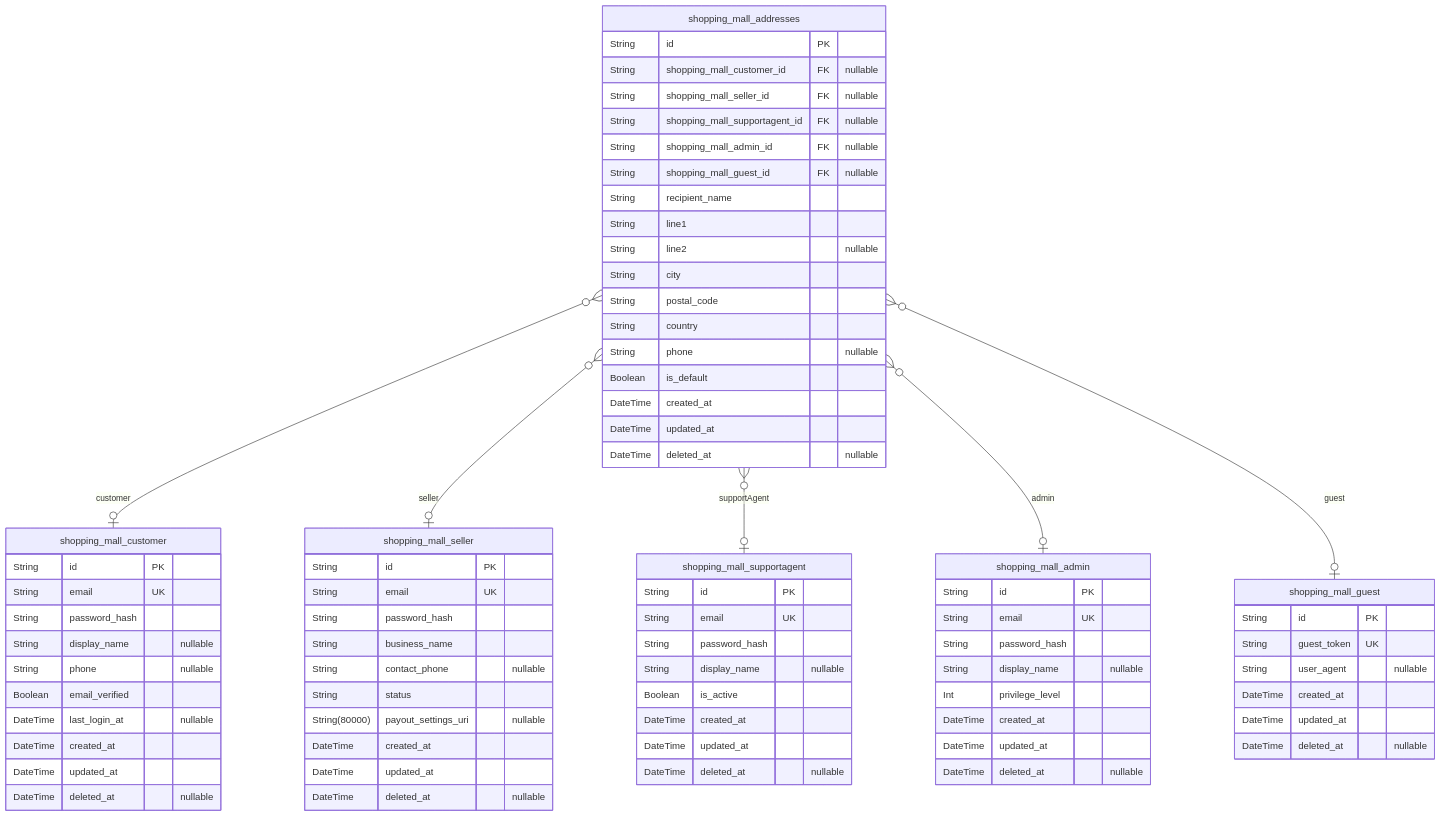
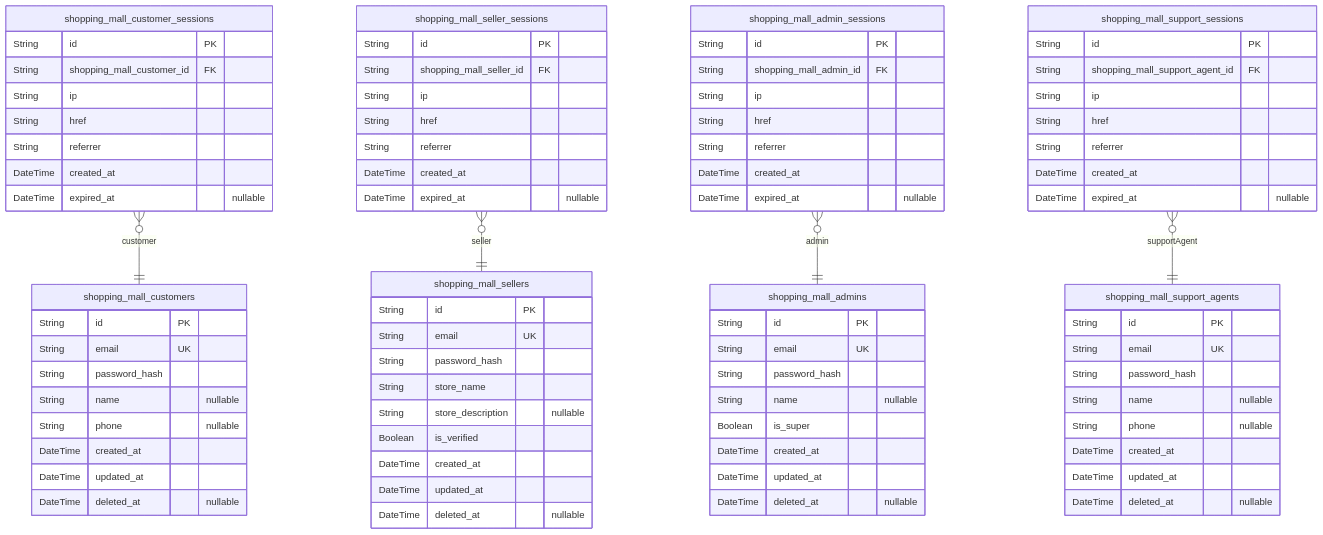
The second of 11 diagrams in openai/gpt-5-mini/shopping/docs/ERD.md (wrtnlabs/autobe-examples), drawn with Mermaid before and after one commit. The commit also changed other lines of this file and 16146 other files, not shown here.

````diff
--- a/openai/gpt-5-mini/shopping/docs/ERD.md
+++ b/openai/gpt-5-mini/shopping/docs/ERD.md
@@ -139,79 +209,84 @@
 ```mermaid
 erDiagram
-"shopping_mall_guest" {
+"shopping_mall_customers" {
   String id PK
-  String guest_token UK
-  String user_agent "nullable"
+  String email UK
+  String password_hash
+  String name "nullable"
+  String phone "nullable"
   DateTime created_at
   DateTime updated_at
   DateTime deleted_at "nullable"
 }
-"shopping_mall_customer" {
+"shopping_mall_customer_sessions" {
+  String id PK
+  String shopping_mall_customer_id FK
+  String ip
+  String href
+  String referrer
+  DateTime created_at
+  DateTime expired_at "nullable"
+}
+"shopping_mall_sellers" {
   String id PK
   String email UK
   String password_hash
-  String display_name "nullable"
-  String phone "nullable"
-  Boolean email_verified
-  DateTime last_login_at "nullable"
+  String store_name
+  String store_description "nullable"
+  Boolean is_verified
   DateTime created_at
   DateTime updated_at
   DateTime deleted_at "nullable"
 }
-"shopping_mall_seller" {
+"shopping_mall_seller_sessions" {
+  String id PK
+  String shopping_mall_seller_id FK
+  String ip
+  String href
+  String referrer
+  DateTime created_at
+  DateTime expired_at "nullable"
+}
+"shopping_mall_admins" {
   String id PK
   String email UK
   String password_hash
-  String business_name
-  String contact_phone "nullable"
-  String status
-  String(80000) payout_settings_uri "nullable"
+  String name "nullable"
+  Boolean is_super
   DateTime created_at
   DateTime updated_at
   DateTime deleted_at "nullable"
 }
-"shopping_mall_supportagent" {
+"shopping_mall_admin_sessions" {
+  String id PK
+  String shopping_mall_admin_id FK
+  String ip
+  String href
+  String referrer
+  DateTime created_at
+  DateTime expired_at "nullable"
+}
+"shopping_mall_support_agents" {
   String id PK
   String email UK
   String password_hash
-  String display_name "nullable"
-  Boolean is_active
+  String name "nullable"
+  String phone "nullable"
   DateTime created_at
   DateTime updated_at
   DateTime deleted_at "nullable"
 }
-"shopping_mall_admin" {
+"shopping_mall_support_sessions" {
   String id PK
-  String email UK
-  String password_hash
-  String display_name "nullable"
-  Int privilege_level
+  String shopping_mall_support_agent_id FK
+  String ip
+  String href
+  String referrer
   DateTime created_at
-  DateTime updated_at
-  DateTime deleted_at "nullable"
+  DateTime expired_at "nullable"
 }
-"shopping_mall_addresses" {
-  String id PK
-  String shopping_mall_customer_id FK "nullable"
-  String shopping_mall_seller_id FK "nullable"
-  String shopping_mall_supportagent_id FK "nullable"
-  String shopping_mall_admin_id FK "nullable"
-  String shopping_mall_guest_id FK "nullable"
-  String recipient_name
-  String line1
-  String line2 "nullable"
-  String city
-  String postal_code
-  String country
-  String phone "nullable"
-  Boolean is_default
-  DateTime created_at
-  DateTime updated_at
-  DateTime deleted_at "nullable"
-}
-"shopping_mall_addresses" }o--o| "shopping_mall_customer" : customer
-"shopping_mall_addresses" }o--o| "shopping_mall_seller" : seller
-"shopping_mall_addresses" }o--o| "shopping_mall_supportagent" : supportAgent
-"shopping_mall_addresses" }o--o| "shopping_mall_admin" : admin
-"shopping_mall_addresses" }o--o| "shopping_mall_guest" : guest
+"shopping_mall_customer_sessions" }o--|| "shopping_mall_customers" : customer
+"shopping_mall_seller_sessions" }o--|| "shopping_mall_sellers" : seller
+"shopping_mall_admin_sessions" }o--|| "shopping_mall_admins" : admin
+"shopping_mall_support_sessions" }o--|| "shopping_mall_support_agents" : supportAgent
 ```
````
